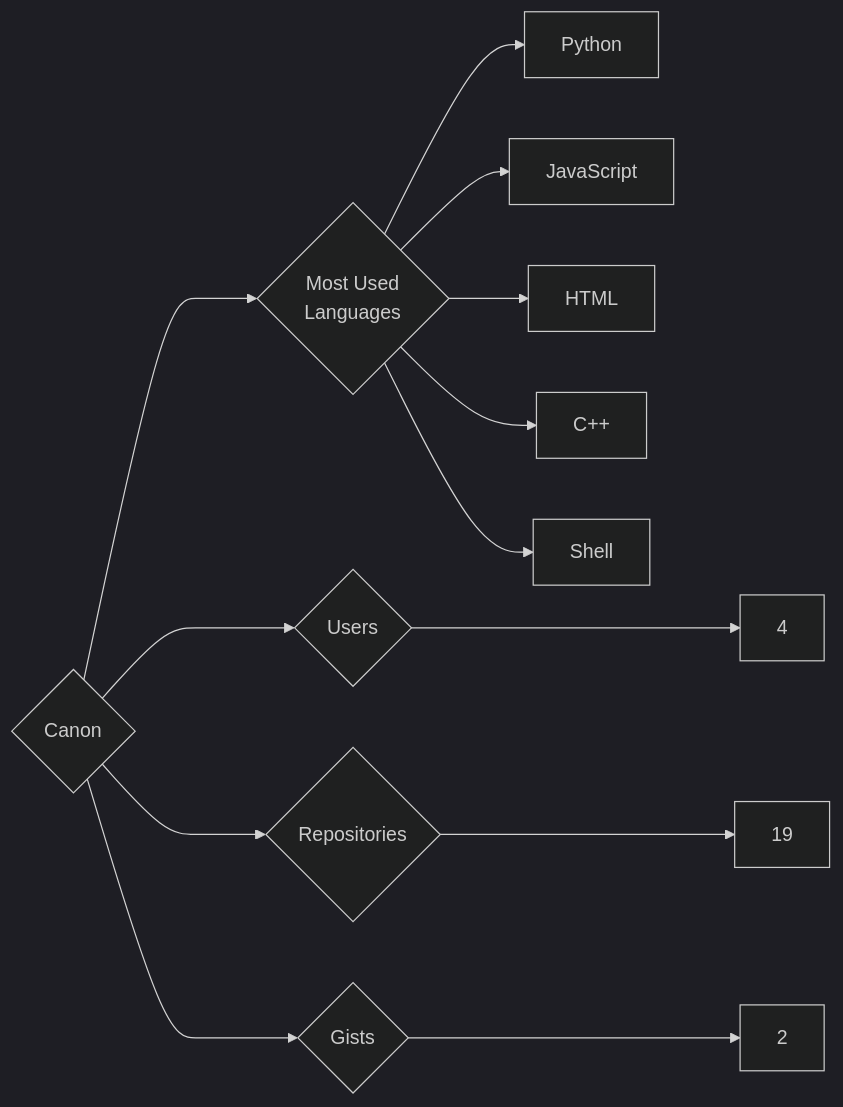
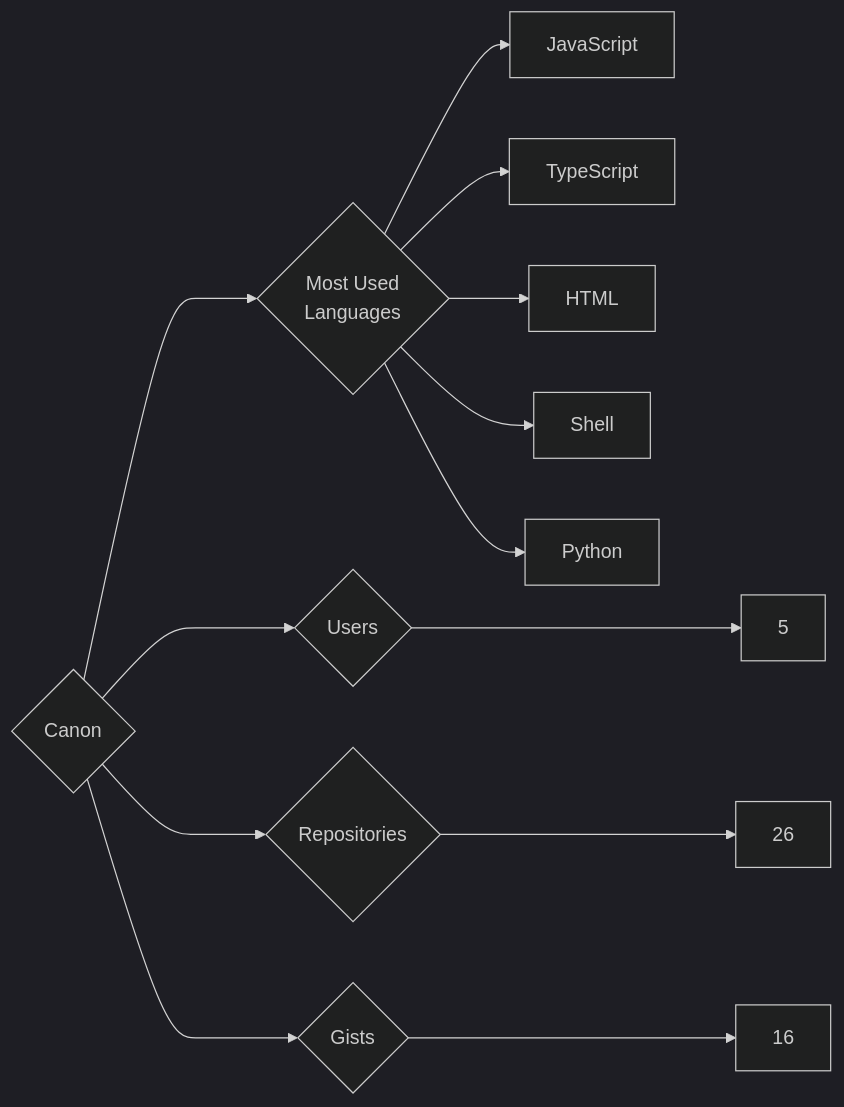
Before and after one commit to trickest/insiders: the diagram in targets/Canon/README.md, drawn with Mermaid (dark theme). The commit also changed 1238 other files, not shown here.

````diff
--- a/targets/Canon/README.md
+++ b/targets/Canon/README.md
@@ -3,13 +3,13 @@
 ```mermaid
 graph LR
 COMPANY_NAME{Canon}
-COMPANY_NAME ---> U{Users} ---> UN[4]
-COMPANY_NAME ---> R{Repositories} ---> RN[19]
-COMPANY_NAME ---> G{Gists} ---> GN[2]
+COMPANY_NAME ---> U{Users} ---> UN[5]
+COMPANY_NAME ---> R{Repositories} ---> RN[26]
+COMPANY_NAME ---> G{Gists} ---> GN[16]
 COMPANY_NAME ---> ML{Most Used<br>Languages}
+ML --> JavaScript[JavaScript]
+ML --> TypeScript[TypeScript]
+ML --> HTML[HTML]
+ML --> Shell[Shell]
 ML --> Python[Python]
-ML --> JavaScript[JavaScript]
-ML --> HTML[HTML]
-ML --> C++[C++]
-ML --> Shell[Shell]
 ```
````
